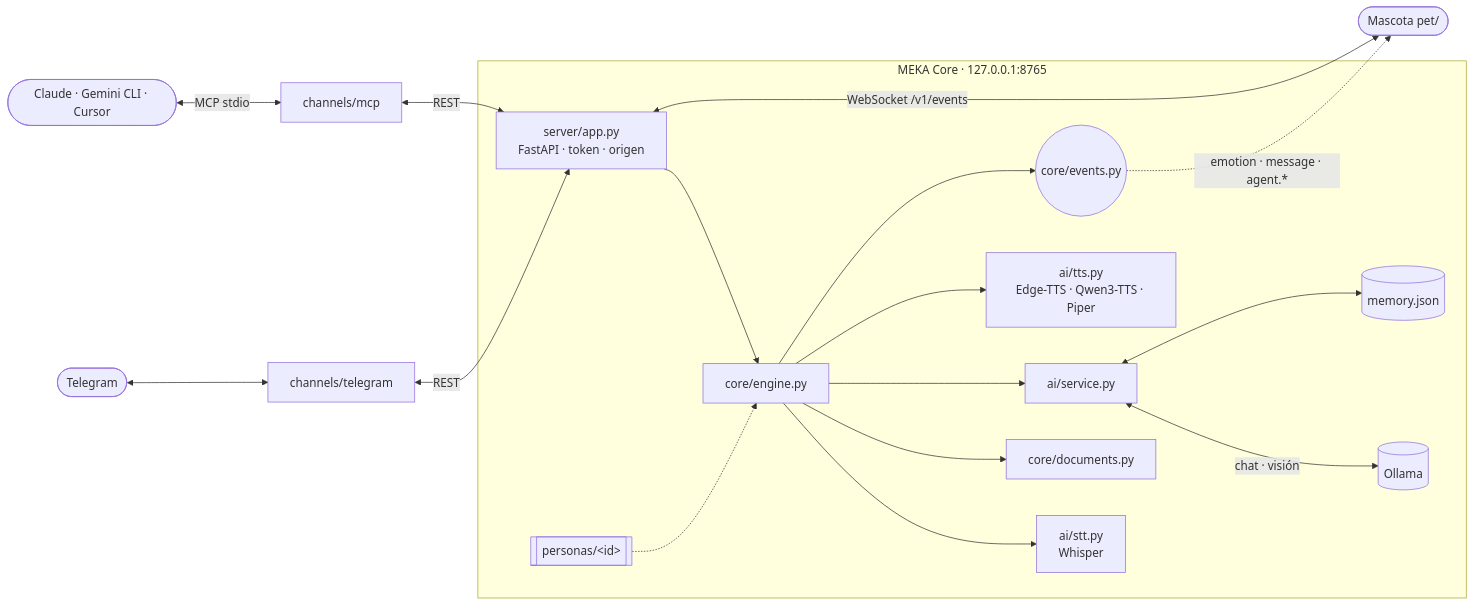
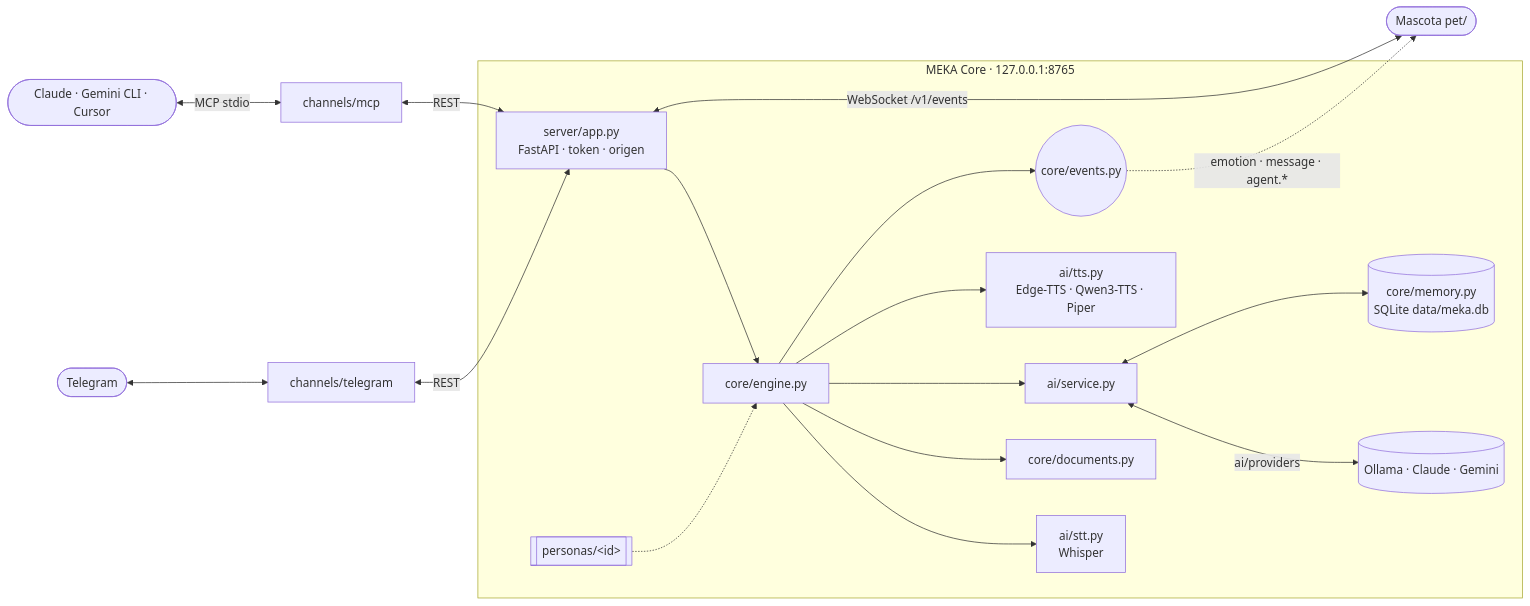
The diagram in README.md (Nekimu/PROJECT-MEKA), drawn with Mermaid before and after one commit. The commit also changed other lines of this file and 25 other files, not shown here.

First line of the commit message:
feat: adaptadores de IA (Ollama, Claude, Gemini) y memoria en SQLite

````diff
--- a/README.md
+++ b/README.md
@@ -301,20 +328,20 @@
 ```mermaid
 flowchart LR
     U([Telegram]) <--> TG[channels/telegram]
     A([Claude · Gemini CLI · Cursor]) <-->|MCP stdio| MCP[channels/mcp]
     TG <-->|REST| API
     MCP <-->|REST| API
     PET([Mascota pet/]) <-->|WebSocket /v1/events| API
     subgraph CORE[MEKA Core · 127.0.0.1:8765]
         API[server/app.py<br/>FastAPI · token · origen] --> ENG[core/engine.py]
         ENG --> STT[ai/stt.py<br/>Whisper]
         ENG --> DOC[core/documents.py]
         ENG --> AI[ai/service.py]
         ENG --> TTS[ai/tts.py<br/>Edge-TTS · Qwen3-TTS · Piper]
         ENG --> BUS((core/events.py))
         P[[personas/&lt;id&gt;]] -.-> ENG
-        AI <-->|chat · visión| OL[(Ollama)]
-        AI <--> MEM[(memory.json)]
+        AI <-->|ai/providers| OL[(Ollama · Claude · Gemini)]
+        AI <--> MEM[(core/memory.py<br/>SQLite data/meka.db)]
     end
     BUS -.->|emotion · message · agent.*| PET
 ```
````
